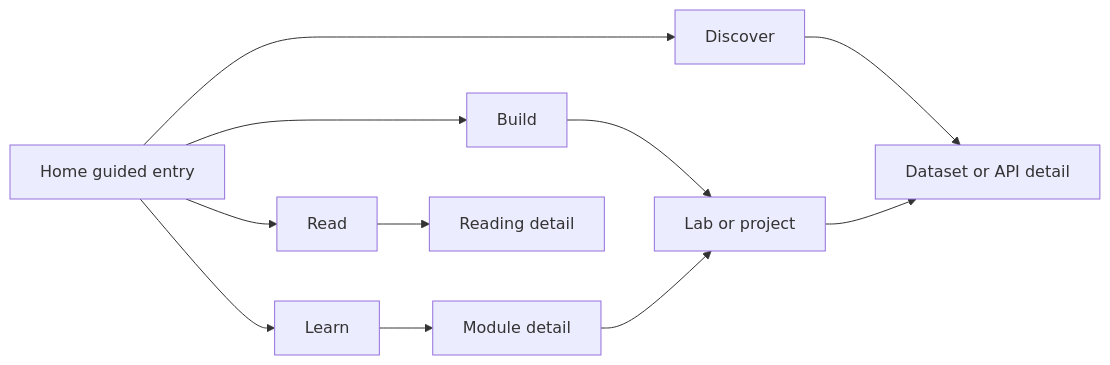
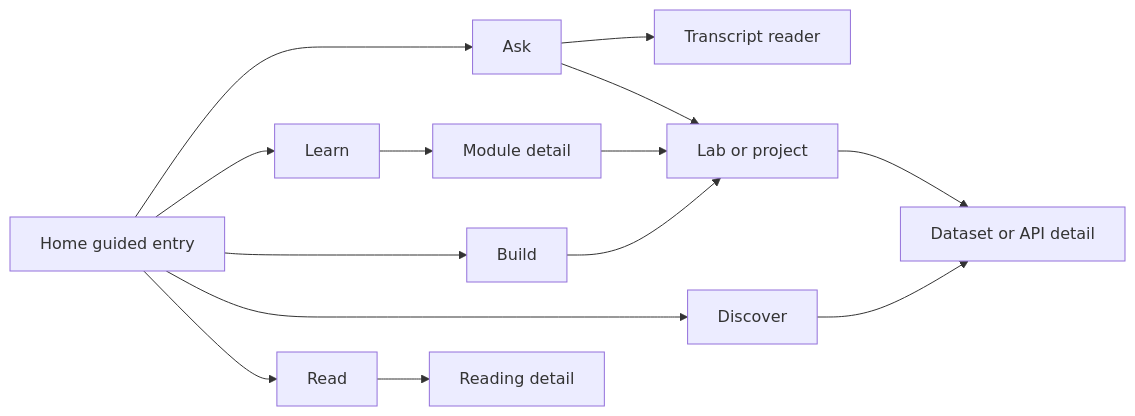
Before and after one commit to will-olson/aiEngineering-DataML-learningPack: the diagram in docs/FRONTEND_EXPERIENCE.md, drawn with Mermaid. The commit also changed other lines of this file and 39 other files, not shown here.

First line of the commit message:
Add Ask and Stanford Learn transcript experience

````diff
--- a/docs/FRONTEND_EXPERIENCE.md
+++ b/docs/FRONTEND_EXPERIENCE.md
@@ -52,14 +52,17 @@
 ```mermaid
 flowchart LR
   home[Home guided entry]
+  home --> ask[Ask]
   home --> learn[Learn]
   home --> build[Build]
   home --> discover[Discover]
   home --> read[Read]
+  ask --> transcript[Transcript reader]
   learn --> module[Module detail]
   build --> lab[Lab or project]
   discover --> resource[Dataset or API detail]
   read --> article[Reading detail]
   module --> lab
   lab --> resource
+  ask --> lab
 ```
````
